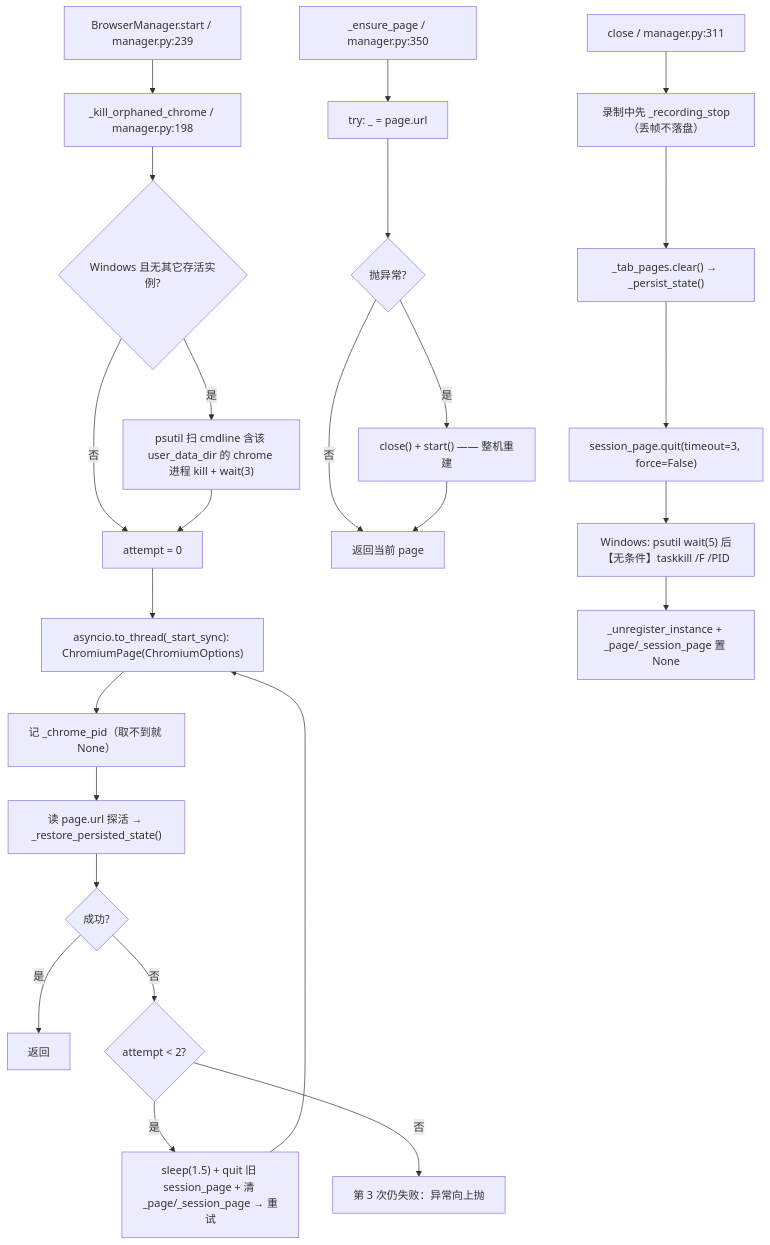
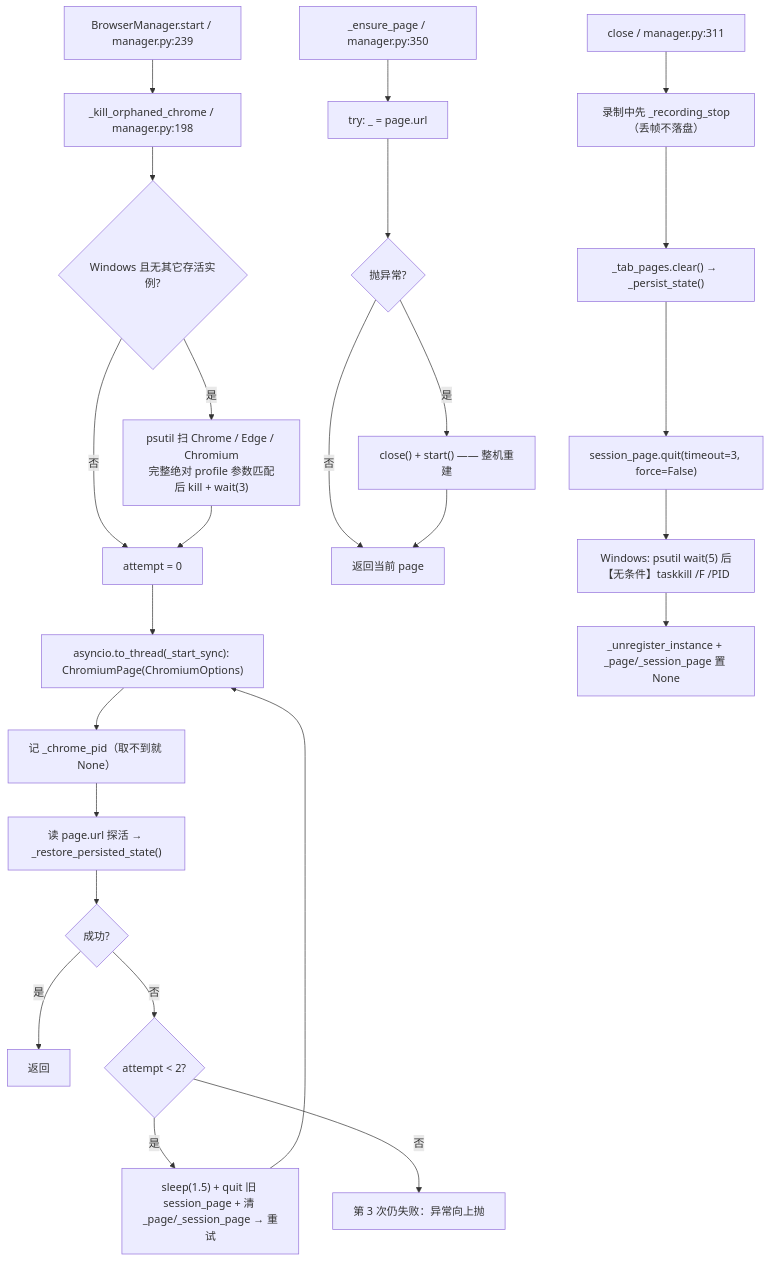
Before and after one commit to SuperQuail/NeoBot: the fifth of 14 diagrams in docs/flow/12-browser-automation.md, drawn with Mermaid. The commit also changed other lines of this file and 4 other files, not shown here.

````diff
--- a/docs/flow/12-browser-automation.md
+++ b/docs/flow/12-browser-automation.md
@@ -223,27 +230,27 @@
 ```mermaid
 flowchart TD
     A["BrowserManager.start / manager.py:239"] --> B["_kill_orphaned_chrome / manager.py:198"]
     B --> B1{"Windows 且无其它存活实例?"}
     B1 -- 否 --> C
-    B1 -- 是 --> B2["psutil 扫 cmdline 含该 user_data_dir 的 chrome 进程 kill + wait(3)"]
+    B1 -- 是 --> B2["psutil 扫 Chrome / Edge / Chromium<br/>完整绝对 profile 参数匹配后 kill + wait(3)"]
     B2 --> C["attempt = 0"]
     C --> D["asyncio.to_thread(_start_sync): ChromiumPage(ChromiumOptions)"]
     D --> E["记 _chrome_pid（取不到就 None）"]
     E --> F["读 page.url 探活 → _restore_persisted_state()"]
     F --> G{"成功?"}
     G -- 是 --> Z["返回"]
     G -- 否 --> H{"attempt < 2?"}
     H -- 是 --> H1["sleep(1.5) + quit 旧 session_page + 清 _page/_session_page → 重试"]
     H1 --> D
     H -- 否 --> H2["第 3 次仍失败：异常向上抛"]
     I["_ensure_page / manager.py:350"] --> I1["try: _ = page.url"]
     I1 --> I2{"抛异常?"}
     I2 -- 是 --> I3["close() + start() —— 整机重建"]
     I2 -- 否 --> I4["返回当前 page"]
     I3 --> I4
     J["close / manager.py:311"] --> J1["录制中先 _recording_stop（丢帧不落盘）"]
     J1 --> J2["_tab_pages.clear() → _persist_state()"]
     J2 --> J3["session_page.quit(timeout=3, force=False)"]
     J3 --> J4["Windows: psutil wait(5) 后【无条件】taskkill /F /PID"]
     J4 --> J5["_unregister_instance + _page/_session_page 置 None"]
 ```
````
